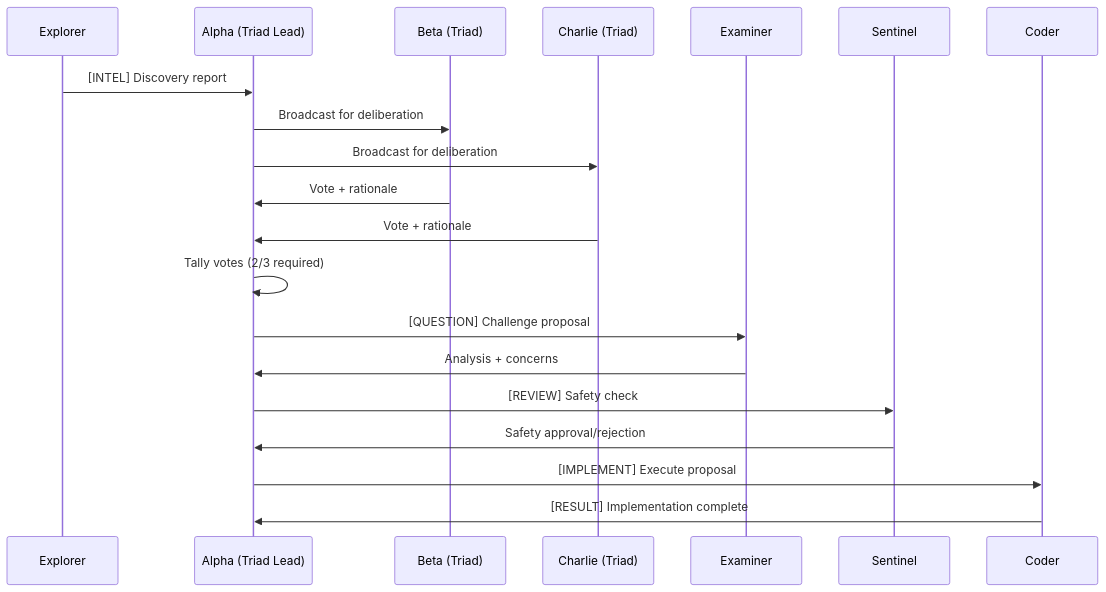
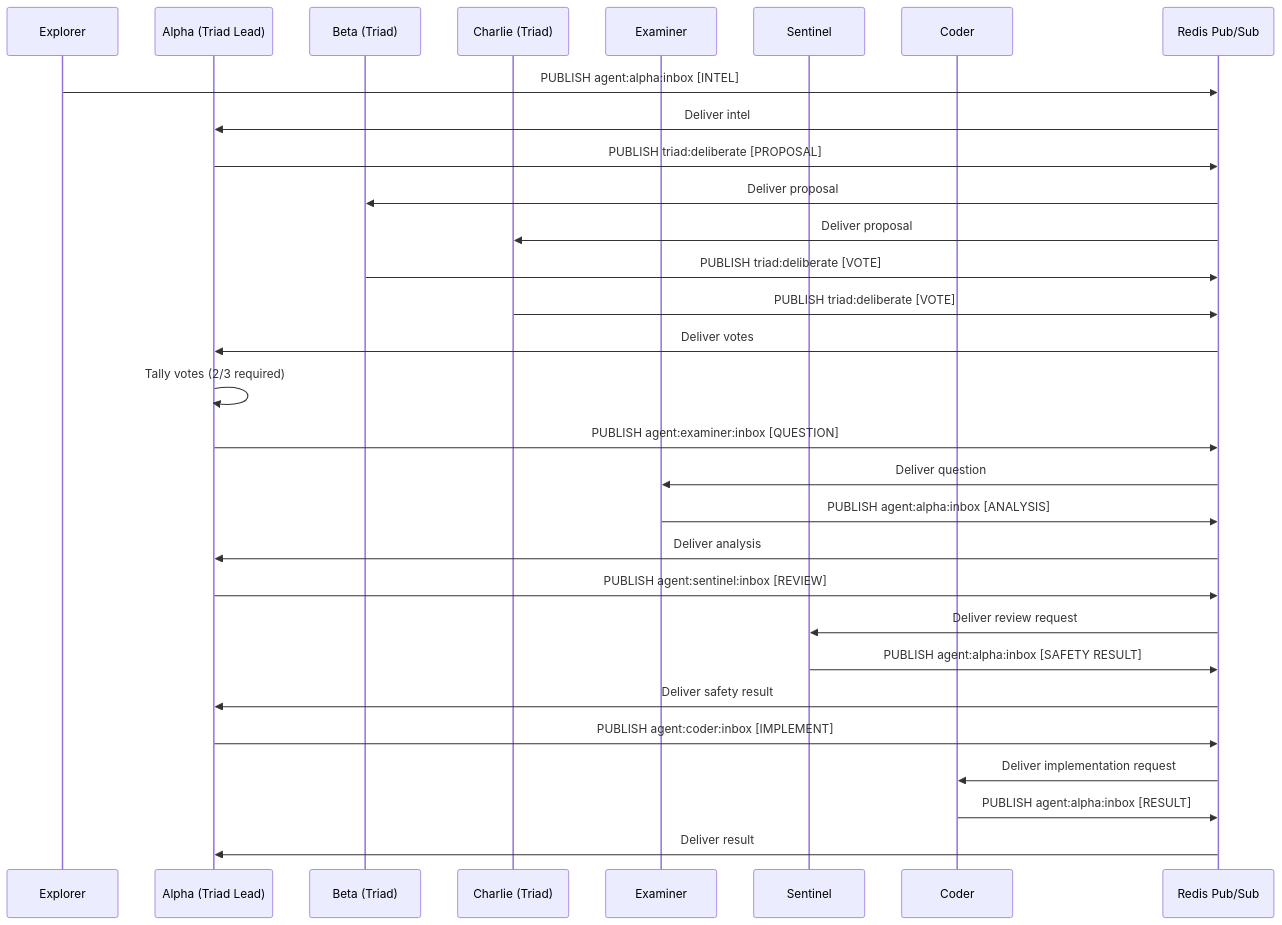
One commit to Heretek-AI/heretek-openclaw changed the eighth of 13 diagrams in docs/WIRING_GRAPH.md. Above: the diagram before and after it, drawn with Mermaid. The commit also changed other lines of this file and 2 other files, not shown here.

````diff
--- a/docs/WIRING_GRAPH.md
+++ b/docs/WIRING_GRAPH.md
@@ -245,23 +272,33 @@
 ```mermaid
 sequenceDiagram
     participant EXPLORER as Explorer
     participant ALPHA as Alpha (Triad Lead)
     participant BETA as Beta (Triad)
     participant CHARLIE as Charlie (Triad)
     participant EXAMINER as Examiner
     participant SENTINEL as Sentinel
     participant CODER as Coder
+    participant REDIS as Redis Pub/Sub
     
-    EXPLORER->>ALPHA: [INTEL] Discovery report
-    ALPHA->>BETA: Broadcast for deliberation
-    ALPHA->>CHARLIE: Broadcast for deliberation
-    BETA->>ALPHA: Vote + rationale
-    CHARLIE->>ALPHA: Vote + rationale
+    EXPLORER->>REDIS: PUBLISH agent:alpha:inbox [INTEL]
+    REDIS->>ALPHA: Deliver intel
+    ALPHA->>REDIS: PUBLISH triad:deliberate [PROPOSAL]
+    REDIS->>BETA: Deliver proposal
+    REDIS->>CHARLIE: Deliver proposal
+    BETA->>REDIS: PUBLISH triad:deliberate [VOTE]
+    CHARLIE->>REDIS: PUBLISH triad:deliberate [VOTE]
+    REDIS->>ALPHA: Deliver votes
     ALPHA->>ALPHA: Tally votes (2/3 required)
-    ALPHA->>EXAMINER: [QUESTION] Challenge proposal
-    EXAMINER->>ALPHA: Analysis + concerns
-    ALPHA->>SENTINEL: [REVIEW] Safety check
-    SENTINEL->>ALPHA: Safety approval/rejection
-    ALPHA->>CODER: [IMPLEMENT] Execute proposal
-    CODER->>ALPHA: [RESULT] Implementation complete
+    ALPHA->>REDIS: PUBLISH agent:examiner:inbox [QUESTION]
+    REDIS->>EXAMINER: Deliver question
+    EXAMINER->>REDIS: PUBLISH agent:alpha:inbox [ANALYSIS]
+    REDIS->>ALPHA: Deliver analysis
+    ALPHA->>REDIS: PUBLISH agent:sentinel:inbox [REVIEW]
+    REDIS->>SENTINEL: Deliver review request
+    SENTINEL->>REDIS: PUBLISH agent:alpha:inbox [SAFETY RESULT]
+    REDIS->>ALPHA: Deliver safety result
+    ALPHA->>REDIS: PUBLISH agent:coder:inbox [IMPLEMENT]
+    REDIS->>CODER: Deliver implementation request
+    CODER->>REDIS: PUBLISH agent:alpha:inbox [RESULT]
+    REDIS->>ALPHA: Deliver result
 ```
````
